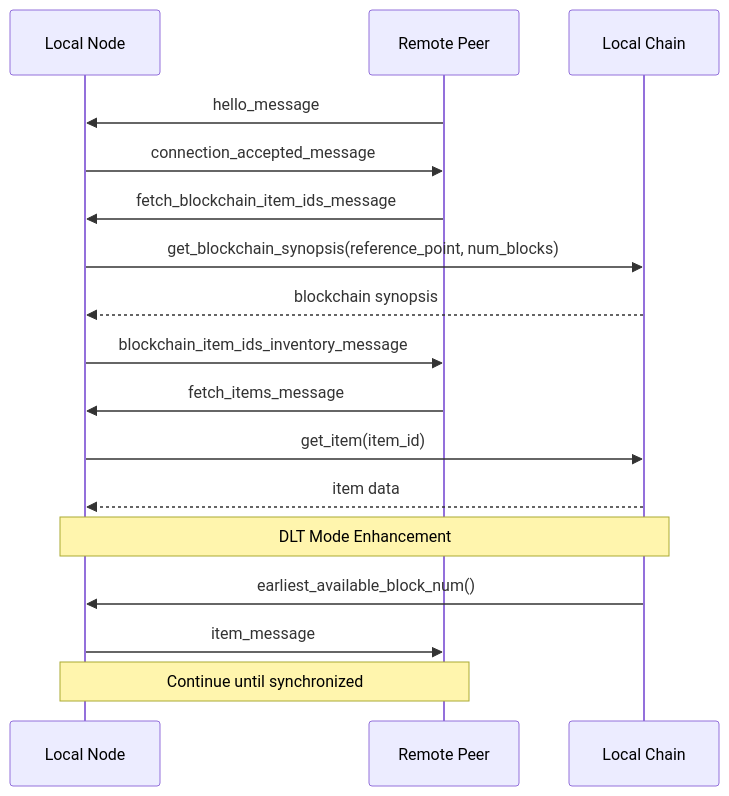
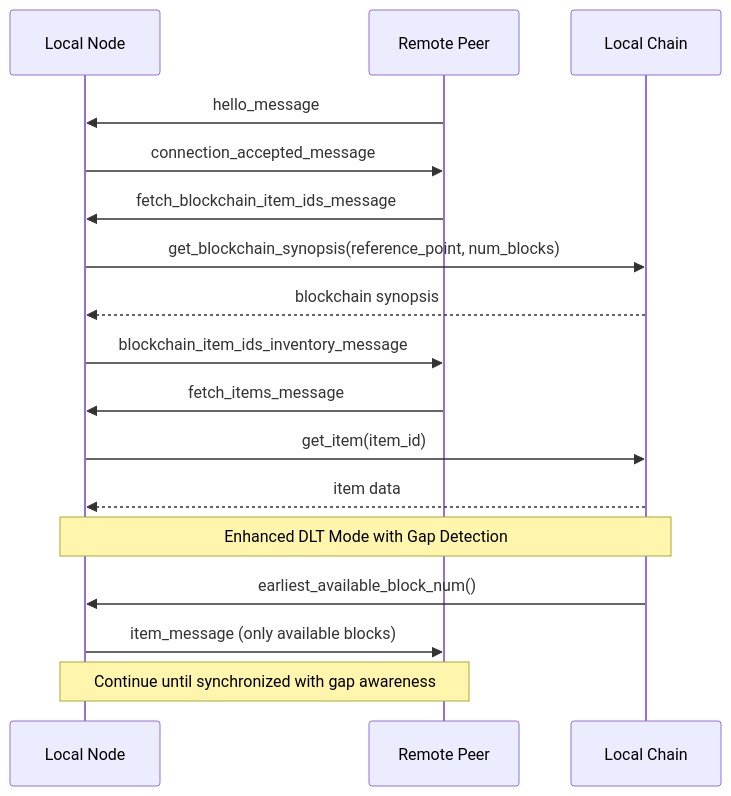
The seventh of 32 diagrams in .qoder/repowiki/en/content/P2p Plugin.md (VIZ-Blockchain/viz-cpp-node), drawn with Mermaid before and after one commit. The commit also changed other lines of this file and 5 other files, not shown here.

First line of the commit message:
feat(dlt_block_log): add reset method and automatic gap recovery system

````diff
--- a/.qoder/repowiki/en/content/P2p Plugin.md
+++ b/.qoder/repowiki/en/content/P2p Plugin.md
@@ -377,19 +380,19 @@
 ```mermaid
 sequenceDiagram
 participant Local as Local Node
 participant Remote as Remote Peer
 participant Chain as Local Chain
 Remote->>Local : hello_message
 Local->>Remote : connection_accepted_message
 Remote->>Local : fetch_blockchain_item_ids_message
 Local->>Chain : get_blockchain_synopsis(reference_point, num_blocks)
 Chain-->>Local : blockchain synopsis
 Local->>Remote : blockchain_item_ids_inventory_message
 Remote->>Local : fetch_items_message
 Local->>Chain : get_item(item_id)
 Chain-->>Local : item data
-Note over Local,Chain : DLT Mode Enhancement
+Note over Local,Chain : Enhanced DLT Mode with Gap Detection
 Chain->>Local : earliest_available_block_num()
-Local->>Remote : item_message
-Note over Local,Remote : Continue until synchronized
+Local->>Remote : item_message (only available blocks)
+Note over Local,Remote : Continue until synchronized with gap awareness
 ```
````
